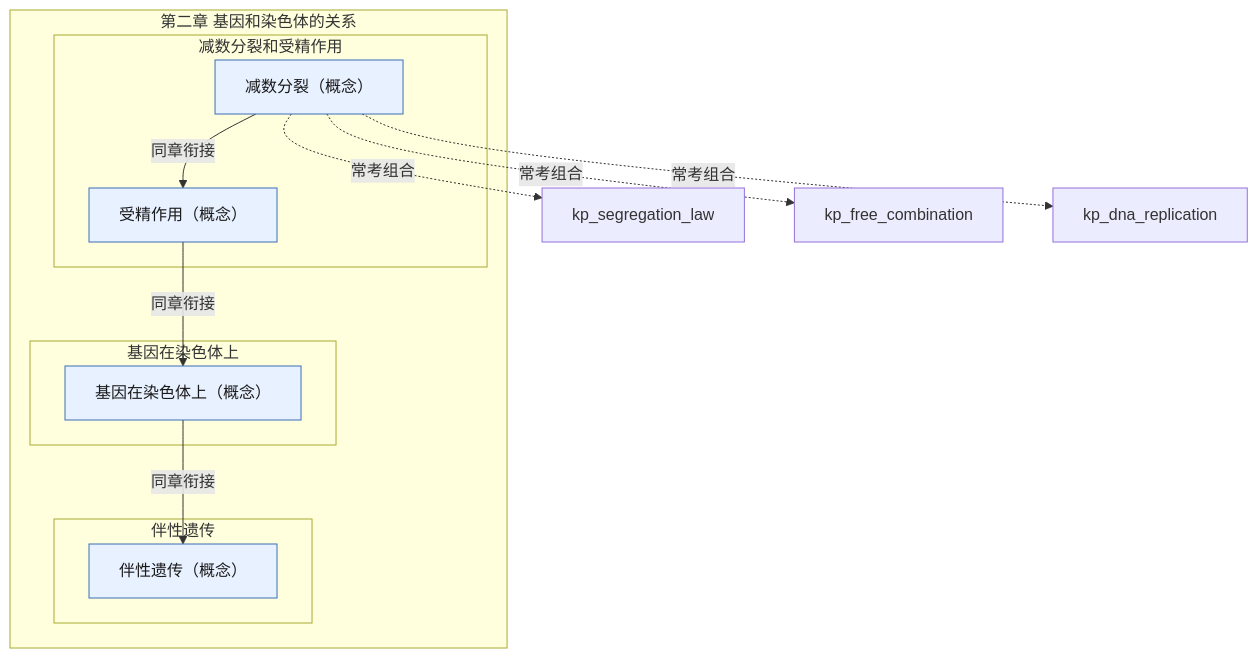
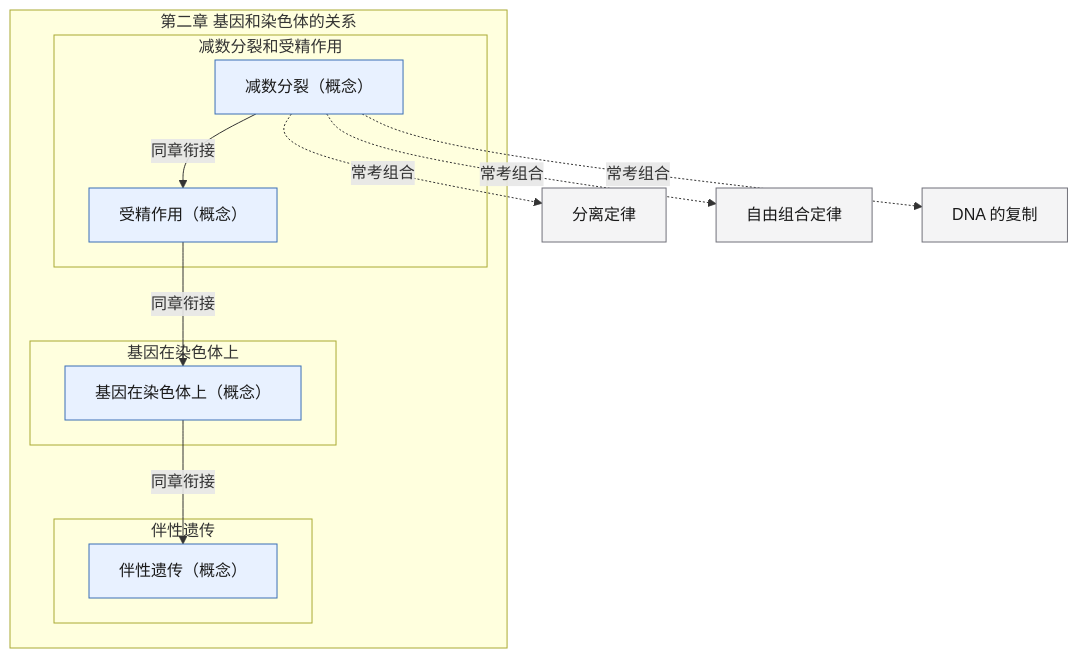
The diagram in skills/high-school-ai-tutor/references/pep-bio-bx2-ch2.md (lihenair/high-school-ai-tutor-skill), drawn with Mermaid before and after one commit. The commit also changed 20 other files, not shown here.

Commit message:
feat(graph): 跨章常考组合渲染为中文显示名（灰色外部节点），不再显示英文代号

````diff
--- a/skills/high-school-ai-tutor/references/pep-bio-bx2-ch2.md
+++ b/skills/high-school-ai-tutor/references/pep-bio-bx2-ch2.md
@@ -5,25 +5,25 @@
 ```mermaid
 flowchart TD
   classDef concept fill:#E8F1FF,stroke:#3B6FB6,color:#1A1A1A
   classDef skill fill:#E7F6EE,stroke:#2E7D4F,color:#1A1A1A
   classDef experiment fill:#FFF4E5,stroke:#C47B17,color:#1A1A1A
   classDef later fill:#F4F4F5,stroke:#71717A,color:#1A1A1A
   subgraph ch["第二章 基因和染色体的关系"]
     subgraph s1["减数分裂和受精作用"]
       kp_meiosis["减数分裂（概念）"]:::concept
       kp_fertilization["受精作用（概念）"]:::concept
     end
     subgraph s2["基因在染色体上"]
       kp_gene_on_chromosome["基因在染色体上（概念）"]:::concept
     end
     subgraph s3["伴性遗传"]
       kp_sex_linked["伴性遗传（概念）"]:::concept
     end
   end
   kp_meiosis -->|同章衔接| kp_fertilization
   kp_fertilization -->|同章衔接| kp_gene_on_chromosome
   kp_gene_on_chromosome -->|同章衔接| kp_sex_linked
-  kp_meiosis -.->|常考组合| kp_segregation_law
-  kp_meiosis -.->|常考组合| kp_free_combination
-  kp_meiosis -.->|常考组合| kp_dna_replication
+  kp_meiosis -.->|常考组合| kp_segregation_law["分离定律"]:::later
+  kp_meiosis -.->|常考组合| kp_free_combination["自由组合定律"]:::later
+  kp_meiosis -.->|常考组合| kp_dna_replication["DNA 的复制"]:::later
 ```
````
